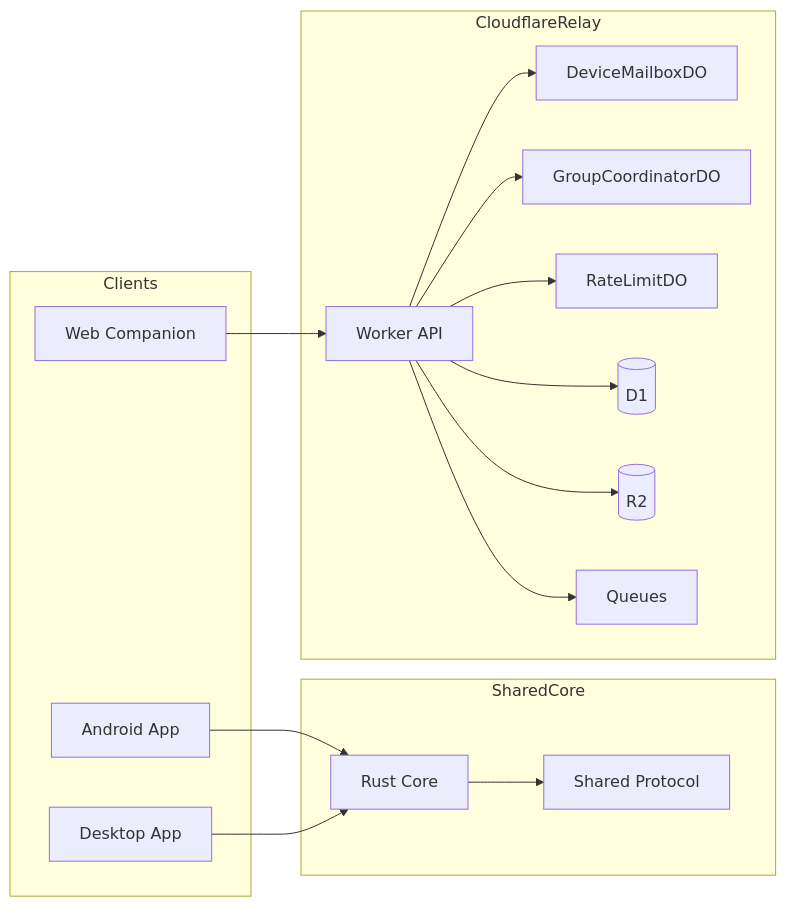
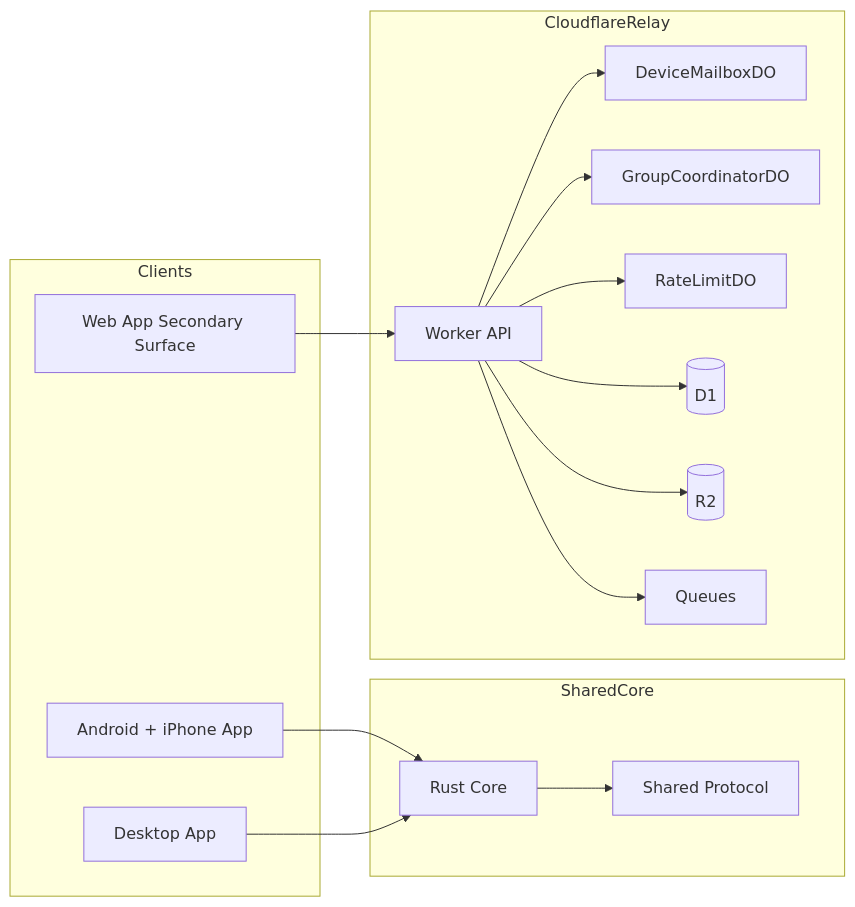
One commit to jhwodchuck/EmberChamber changed the first of 3 diagrams in docs/architecture.md. Above: the diagram before and after it, drawn with Mermaid. The commit also changed other lines of this file and 91 other files, not shown here.

````diff
--- a/docs/architecture.md
+++ b/docs/architecture.md
@@ -14,34 +14,34 @@
 ```mermaid
 graph LR
     subgraph Clients
-      A[Android App]
+      A[Android + iPhone App]
       D[Desktop App]
-      W[Web Companion]
+      W[Web App Secondary Surface]
     end
 
     subgraph SharedCore
       C[Rust Core]
       P[Shared Protocol]
     end
 
     subgraph CloudflareRelay
       API[Worker API]
       M[DeviceMailboxDO]
       G[GroupCoordinatorDO]
       R[RateLimitDO]
       DB[(D1)]
       B[(R2)]
       Q[Queues]
     end
 
     A --> C
     D --> C
     C --> P
     W --> API
     API --> M
     API --> G
     API --> R
     API --> DB
     API --> B
     API --> Q
 ```
````
